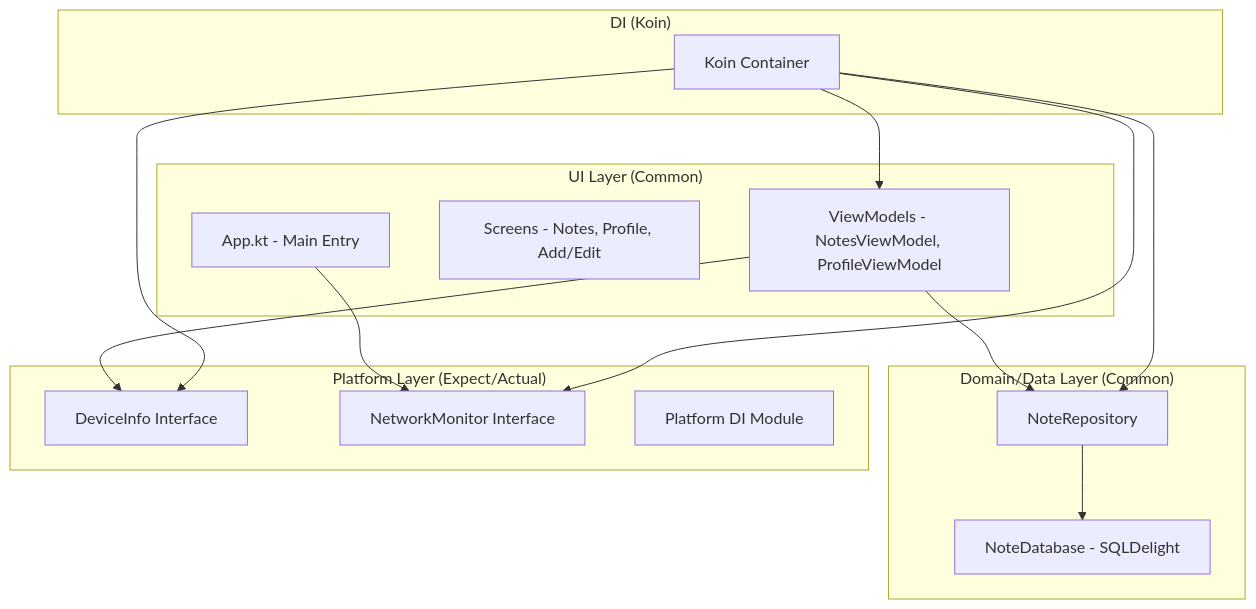
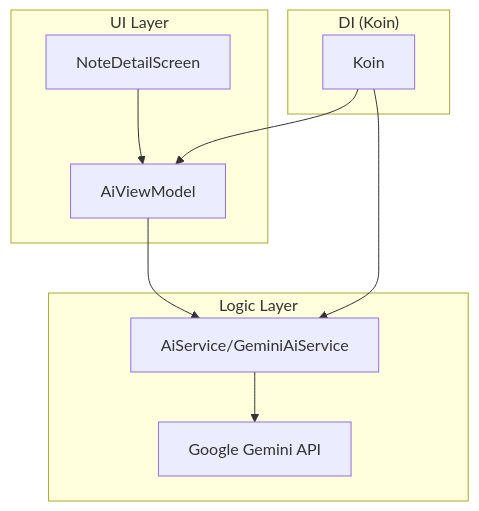
The diagram in README.md (15-069-ZahwaNatasyaHamzah/Tugas-10-PAM-RA), drawn with Mermaid before and after one commit. The commit also changed other lines of this file and 5 other files, not shown here.

````diff
--- a/README.md
+++ b/README.md
@@ -30,32 +23,14 @@
 ```mermaid
 graph TD
-    subgraph "UI Layer (Common)"
-        App[App.kt - Main Entry]
-        Screens[Screens - Notes, Profile, Add/Edit]
-        ViewModels[ViewModels - NotesViewModel, ProfileViewModel]
+    subgraph "UI Layer"
+        UI[NoteDetailScreen] --> VM[AiViewModel]
     end
-
-    subgraph "Domain/Data Layer (Common)"
-        Repository[NoteRepository]
-        Database[NoteDatabase - SQLDelight]
+    subgraph "Logic Layer"
+        VM --> Service[AiService/GeminiAiService]
+        Service --> Gemini[Google Gemini API]
     end
-
-    subgraph "Platform Layer (Expect/Actual)"
-        DeviceInfo[DeviceInfo Interface]
-        NetworkMonitor[NetworkMonitor Interface]
-        DI_Platform[Platform DI Module]
+    subgraph "DI (Koin)"
+        Koin --> Service
+        Koin --> VM
     end
-
-    subgraph "DI (Koin)"
-        Koin[Koin Container]
-    end
-
-    ViewModels --> Repository
-    Repository --> Database
-    ViewModels --> DeviceInfo
-    App --> NetworkMonitor
-    Koin --> ViewModels
-    Koin --> Repository
-    Koin --> DeviceInfo
-    Koin --> NetworkMonitor
 ```
````
